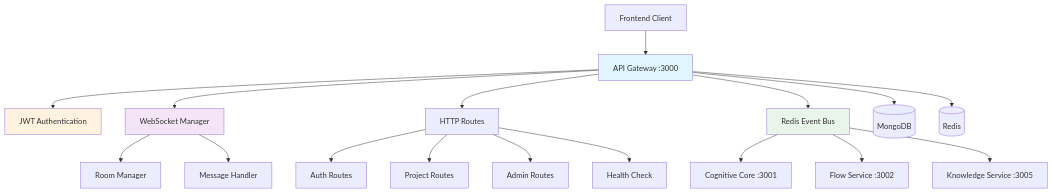
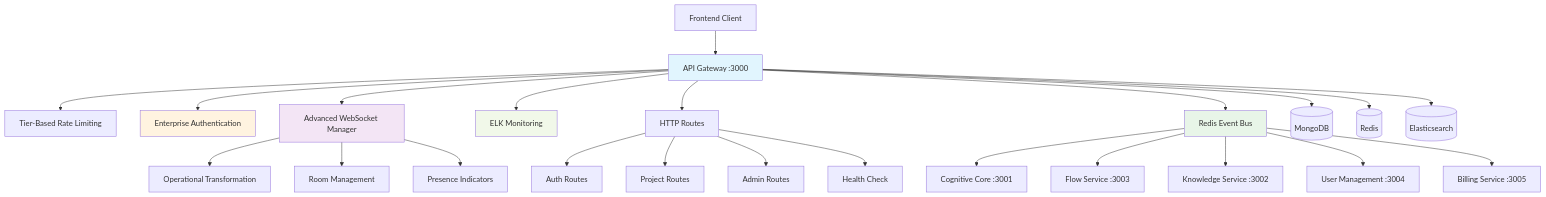
The diagram in services/api-gateway/README.md (mannomannX/ux_generator_backend_Prod), drawn with Mermaid before and after one commit. The commit also changed other lines of this file and 22 other files, not shown here.

````diff
--- a/services/api-gateway/README.md
+++ b/services/api-gateway/README.md
@@ -18,28 +15,35 @@
 ```mermaid
 graph TB
     Client[Frontend Client] --> Gateway[API Gateway :3000]
-    Gateway --> Auth[JWT Authentication]
-    Gateway --> WS[WebSocket Manager]
+    Gateway --> TierRateLimit[Tier-Based Rate Limiting]
+    Gateway --> Auth[Enterprise Authentication]
+    Gateway --> WS[Advanced WebSocket Manager]
+    Gateway --> ELK[ELK Monitoring]
+    
+    WS --> OT[Operational Transformation]
+    WS --> Rooms[Room Management]
+    WS --> Presence[Presence Indicators]
+    
     Gateway --> Routes[HTTP Routes]
-    
-    WS --> Rooms[Room Manager]
-    WS --> Messages[Message Handler]
-    
     Routes --> AuthR[Auth Routes]
     Routes --> Projects[Project Routes] 
     Routes --> Admin[Admin Routes]
     Routes --> Health[Health Check]
     
     Gateway --> EventBus[Redis Event Bus]
     EventBus --> Cognitive[Cognitive Core :3001]
-    EventBus --> Flow[Flow Service :3002]
-    EventBus --> Knowledge[Knowledge Service :3005]
+    EventBus --> Flow[Flow Service :3003]
+    EventBus --> Knowledge[Knowledge Service :3002]
+    EventBus --> UserMgmt[User Management :3004]
+    EventBus --> Billing[Billing Service :3005]
     
     Gateway --> MongoDB[(MongoDB)]
     Gateway --> Redis[(Redis)]
+    Gateway --> Elasticsearch[(Elasticsearch)]
     
     style Gateway fill:#e1f5fe
     style WS fill:#f3e5f5
     style Auth fill:#fff3e0
     style EventBus fill:#e8f5e8
+    style ELK fill:#f1f8e9
 ```
````
